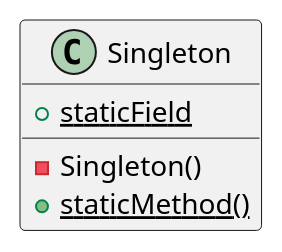
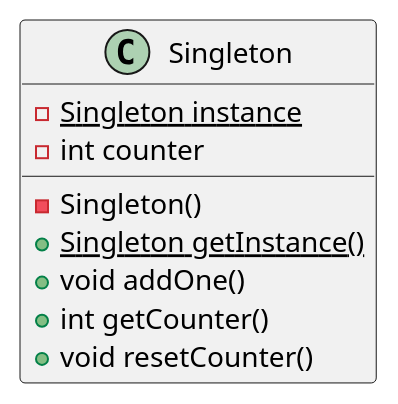
One commit to TimosPapidas/SoftwareDesignPatterns changed the diagram in Singleton/Singleton.puml. Above: the diagram before and after it, drawn with PlantUML. The commit also changed 2 other files, not shown here.

Commit message:
Singleton Pattern

```diff
--- a/Singleton/Singleton.puml
+++ b/Singleton/Singleton.puml
@@ -1,7 +1,11 @@
-@startuml
+@startuml Singleton
 class Singleton{
-    + {static} staticField
+    - {static} Singleton instance
+    - int counter
     - Singleton()
-    + {static} staticMethod()
+    + {static} Singleton getInstance()
+    + void addOne()
+    + int getCounter()
+    + void resetCounter()
 }
 @enduml
```
